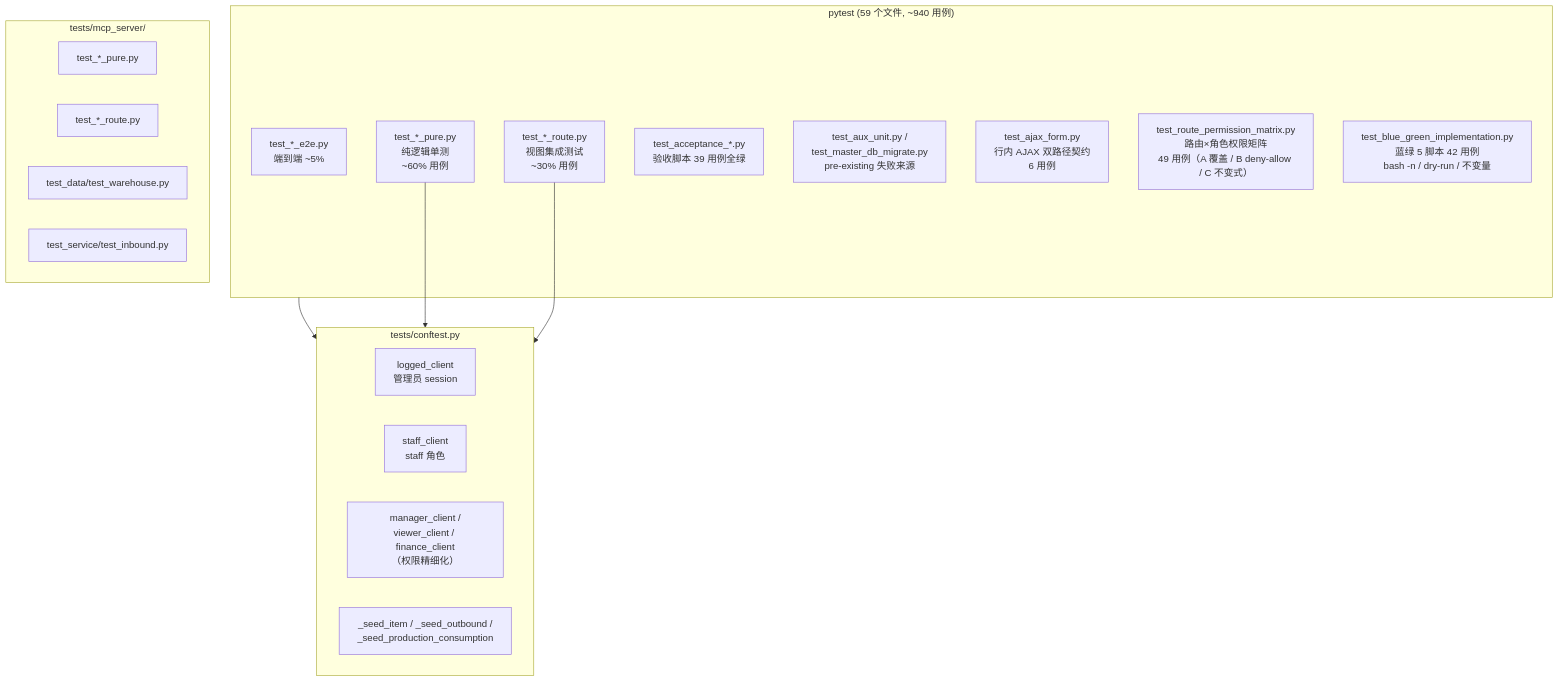
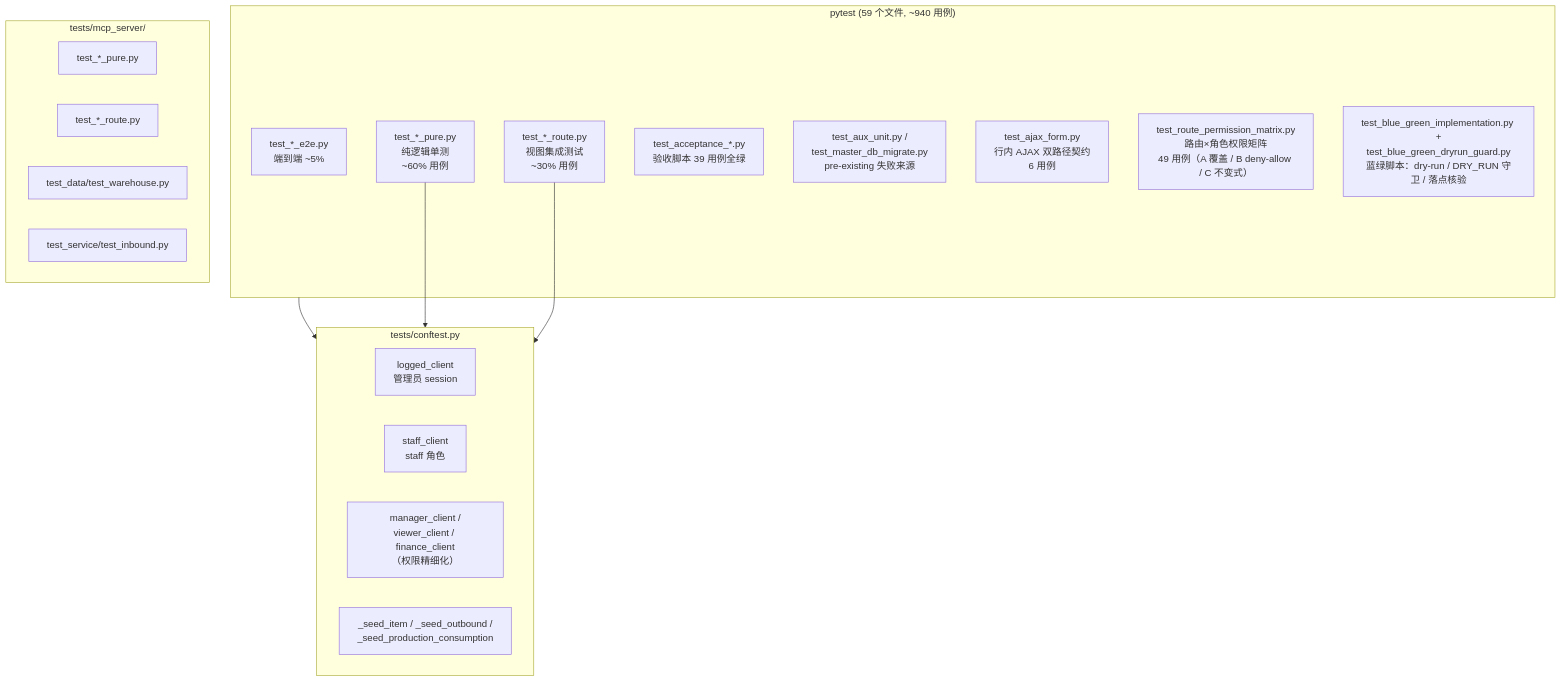
Before and after one commit to ericmr1981/DailyCheck: diagram 17 of 17 in docs/ARCHITECTURE.md, drawn with Mermaid. The commit also changed other lines of this file and 5 other files, not shown here.

First line of the commit message:
fix(blue-green): switch.sh DRY_RUN 守卫 + conf/落点核验，DRY_RUN 拦截日志 WARNING 化, Closes #41

````diff
--- a/docs/ARCHITECTURE.md
+++ b/docs/ARCHITECTURE.md
@@ -884,31 +885,31 @@
 ```mermaid
 flowchart TB
     subgraph Pytest["pytest (59 个文件, ~940 用例)"]
         Pure["test_*_pure.py<br/>纯逻辑单测<br/>~60% 用例"]
         Route["test_*_route.py<br/>视图集成测试<br/>~30% 用例"]
         E2E["test_*_e2e.py<br/>端到端 ~5%"]
         Acceptance["test_acceptance_*.py<br/>验收脚本 39 用例全绿"]
         Aux["test_aux_unit.py /<br/>test_master_db_migrate.py<br/>pre-existing 失败来源"]
         Ajax["test_ajax_form.py<br/>行内 AJAX 双路径契约<br/>6 用例"]
         Perm["test_route_permission_matrix.py<br/>路由×角色权限矩阵<br/>49 用例（A 覆盖 / B deny-allow / C 不变式）"]
-        BlueGreen["test_blue_green_implementation.py<br/>蓝绿 5 脚本 42 用例<br/>bash -n / dry-run / 不变量"]
+        BlueGreen["test_blue_green_implementation.py +<br/>test_blue_green_dryrun_guard.py<br/>蓝绿脚本：dry-run / DRY_RUN 守卫 / 落点核验"]
     end
 
     subgraph Conftest["tests/conftest.py"]
         LoggedClient["logged_client<br/>管理员 session"]
         StaffClient["staff_client<br/>staff 角色"]
         RoleClients["manager_client /<br/>viewer_client / finance_client<br/>（权限精细化）"]
         SeedHelpers["_seed_item / _seed_outbound /<br/>_seed_production_consumption"]
     end
 
     subgraph MCPTest["tests/mcp_server/"]
         MCPPure["test_*_pure.py"]
         MCPRoute["test_*_route.py"]
         MCPData["test_data/test_warehouse.py"]
         MCPService["test_service/test_inbound.py"]
     end
 
     Pytest --> Conftest
     Pure --> Conftest
     Route --> Conftest
 ```
````
